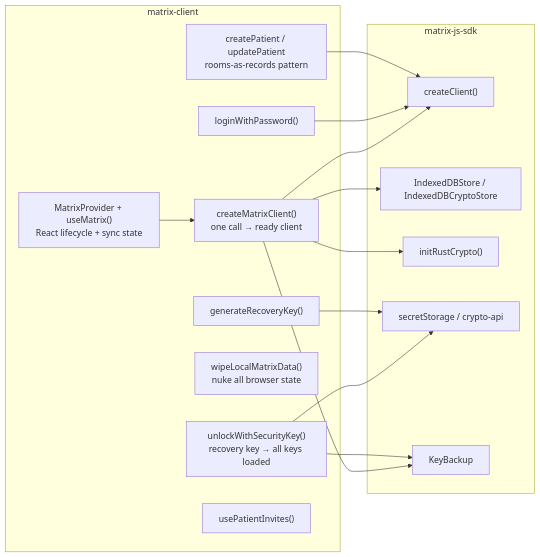
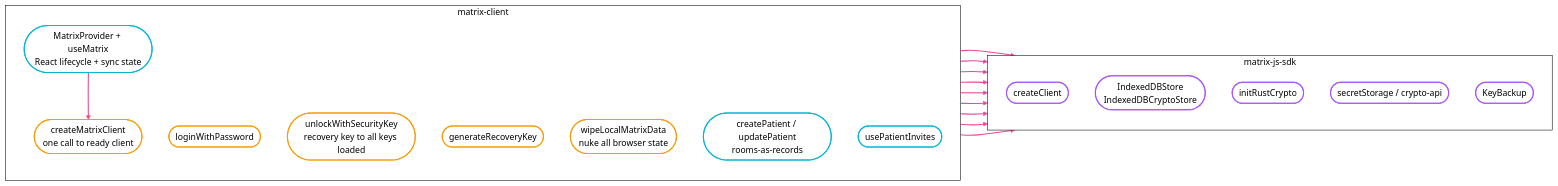
The first of 5 diagrams in packages/matrix-client/README.md (quochuydev/matrix-e2e-emr), drawn with Mermaid before and after one commit. The commit also changed other lines of this file, not shown here.

Commit message:
docs(matrix-client): restyle mermaid diagrams (white bg, pink arrows, color-coded borders)

````diff
--- a/packages/matrix-client/README.md
+++ b/packages/matrix-client/README.md
@@ -27,32 +27,40 @@
 ```mermaid
-graph LR
-  subgraph SDK["matrix-js-sdk"]
-    A1["createClient()"]
-    A2["IndexedDBStore / IndexedDBCryptoStore"]
-    A3["initRustCrypto()"]
-    A4["secretStorage / crypto-api"]
-    A5["KeyBackup"]
+%%{init: {'theme':'base','themeVariables':{'background':'#ffffff','primaryColor':'#ffffff','primaryTextColor':'#000000','primaryBorderColor':'#000000','lineColor':'#ec4899','clusterBkg':'#ffffff','clusterBorder':'#000000','fontFamily':'system-ui'}}}%%
+flowchart LR
+  subgraph PKG["matrix-client"]
+    direction TB
+    B1(["createMatrixClient<br/>one call to ready client"]):::orange
+    B2(["loginWithPassword"]):::orange
+    B3(["unlockWithSecurityKey<br/>recovery key to all keys loaded"]):::orange
+    B4(["generateRecoveryKey"]):::orange
+    B5(["wipeLocalMatrixData<br/>nuke all browser state"]):::orange
+    B6(["MatrixProvider + useMatrix<br/>React lifecycle + sync state"]):::cyan
+    B7(["createPatient / updatePatient<br/>rooms-as-records"]):::cyan
+    B8(["usePatientInvites"]):::cyan
   end
 
-  subgraph PKG["matrix-client"]
-    B1["createMatrixClient()<br/>one call → ready client"]
-    B2["loginWithPassword()"]
-    B3["unlockWithSecurityKey()<br/>recovery key → all keys loaded"]
-    B4["generateRecoveryKey()"]
-    B5["wipeLocalMatrixData()<br/>nuke all browser state"]
-    B6["MatrixProvider + useMatrix()<br/>React lifecycle + sync state"]
-    B7["createPatient / updatePatient<br/>rooms-as-records pattern"]
-    B8["usePatientInvites()"]
+  subgraph SDK["matrix-js-sdk"]
+    direction TB
+    A1(["createClient"]):::purple
+    A2(["IndexedDBStore<br/>IndexedDBCryptoStore"]):::purple
+    A3(["initRustCrypto"]):::purple
+    A4(["secretStorage / crypto-api"]):::purple
+    A5(["KeyBackup"]):::purple
   end
 
   B1 --> A1
   B1 --> A2
   B1 --> A3
   B1 --> A5
   B2 --> A1
   B3 --> A4
   B3 --> A5
   B4 --> A4
   B7 --> A1
   B6 --> B1
+
+  classDef orange fill:#ffffff,stroke:#f59e0b,stroke-width:2px,color:#000000
+  classDef cyan fill:#ffffff,stroke:#06b6d4,stroke-width:2px,color:#000000
+  classDef purple fill:#ffffff,stroke:#a855f7,stroke-width:2px,color:#000000
+  linkStyle default stroke:#ec4899,stroke-width:2px
 ```
````
